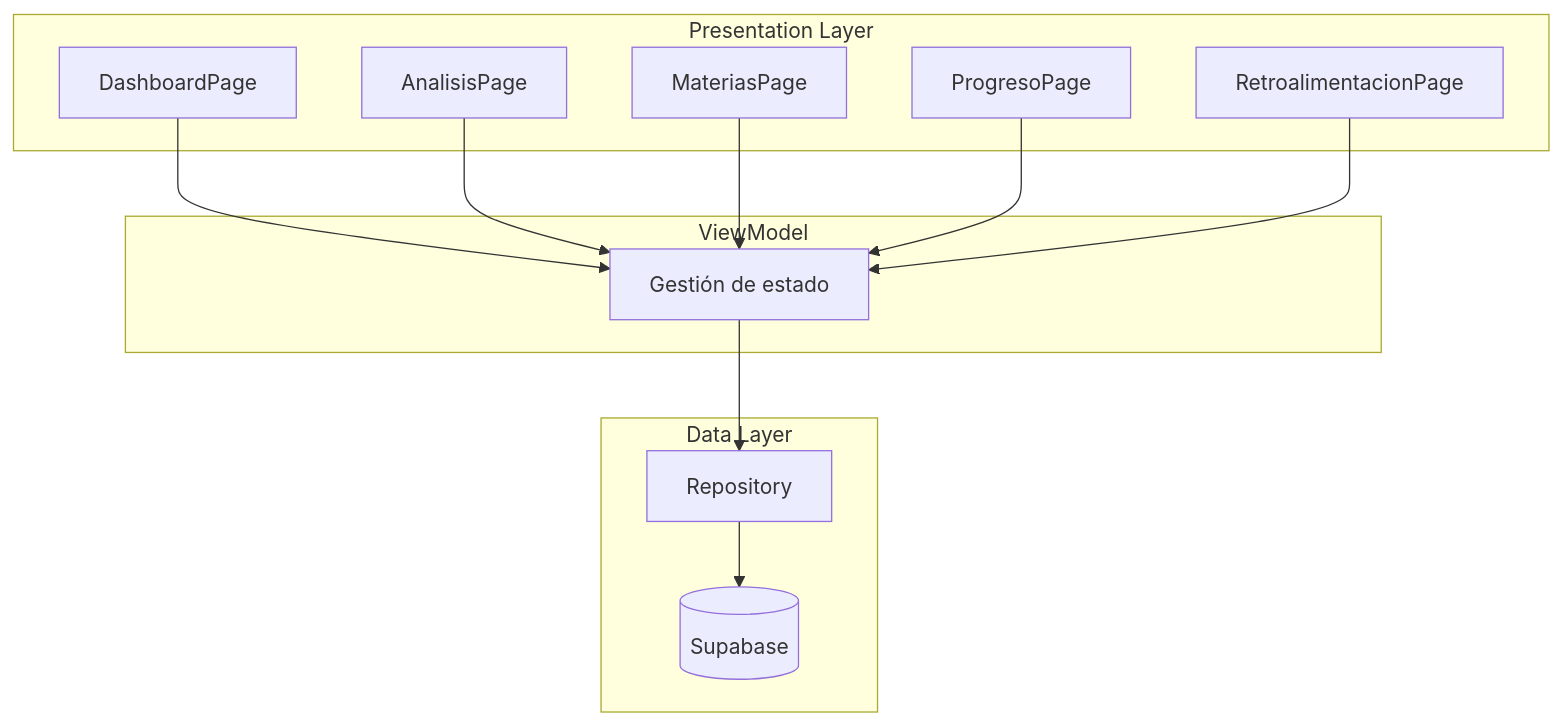
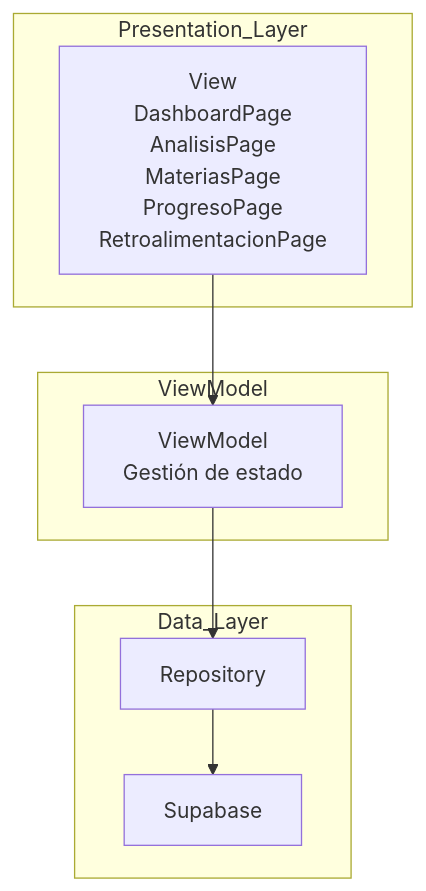
One commit to brissiuwu/Aristeia changed the third of 3 diagrams in README.md. Above: the diagram before and after it, drawn with Mermaid.

````diff
--- a/README.md
+++ b/README.md
@@ -71,29 +71,20 @@
 ```mermaid
 graph TD
 
-subgraph Presentation Layer
-    A[DashboardPage]
-    B[AnalisisPage]
-    C[MateriasPage]
-    D[ProgresoPage]
-    E[RetroalimentacionPage]
+subgraph Presentation_Layer
+    V["View<br/>DashboardPage<br/>AnalisisPage<br/>MateriasPage<br/>ProgresoPage<br/>RetroalimentacionPage"]
 end
 
 subgraph ViewModel
-    VM[Gestión de estado]
+    VM["ViewModel<br/>Gestión de estado"]
 end
 
-subgraph Data Layer
-    R[Repository]
-    DB[(Supabase)]
+subgraph Data_Layer
+    R["Repository"]
+    DB["Supabase"]
 end
 
-A --> VM
-B --> VM
-C --> VM
-D --> VM
-E --> VM
-
+V --> VM
 VM --> R
 R --> DB
 ```
````
